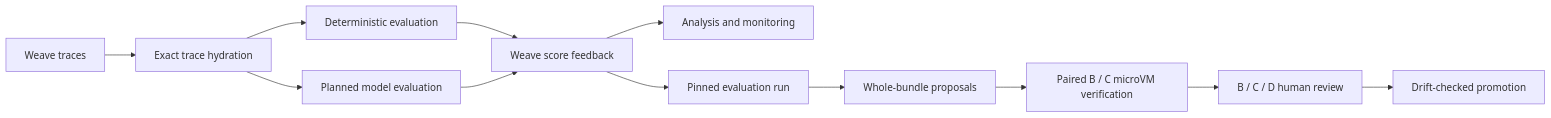
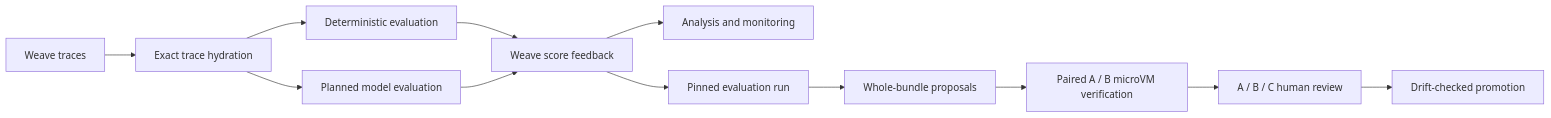
The diagram in specs/DESIGN.md (mattliu-mygit/Monopole), drawn with Mermaid before and after one commit. The commit also changed other lines of this file and 31 other files, not shown here.

````diff
--- a/specs/DESIGN.md
+++ b/specs/DESIGN.md
@@ -10,14 +10,14 @@
 ```mermaid
 flowchart LR
     A["Weave traces"] --> B["Exact trace hydration"]
     B --> C["Deterministic evaluation"]
     B --> D["Planned model evaluation"]
     C --> E["Weave score feedback"]
     D --> E
     E --> F["Analysis and monitoring"]
     E --> G["Pinned evaluation run"]
     G --> H["Whole-bundle proposals"]
-    H --> P["Paired B / C microVM verification"]
-    P --> I["B / C / D human review"]
+    H --> P["Paired A / B microVM verification"]
+    P --> I["A / B / C human review"]
     I --> J["Drift-checked promotion"]
 ```
````
